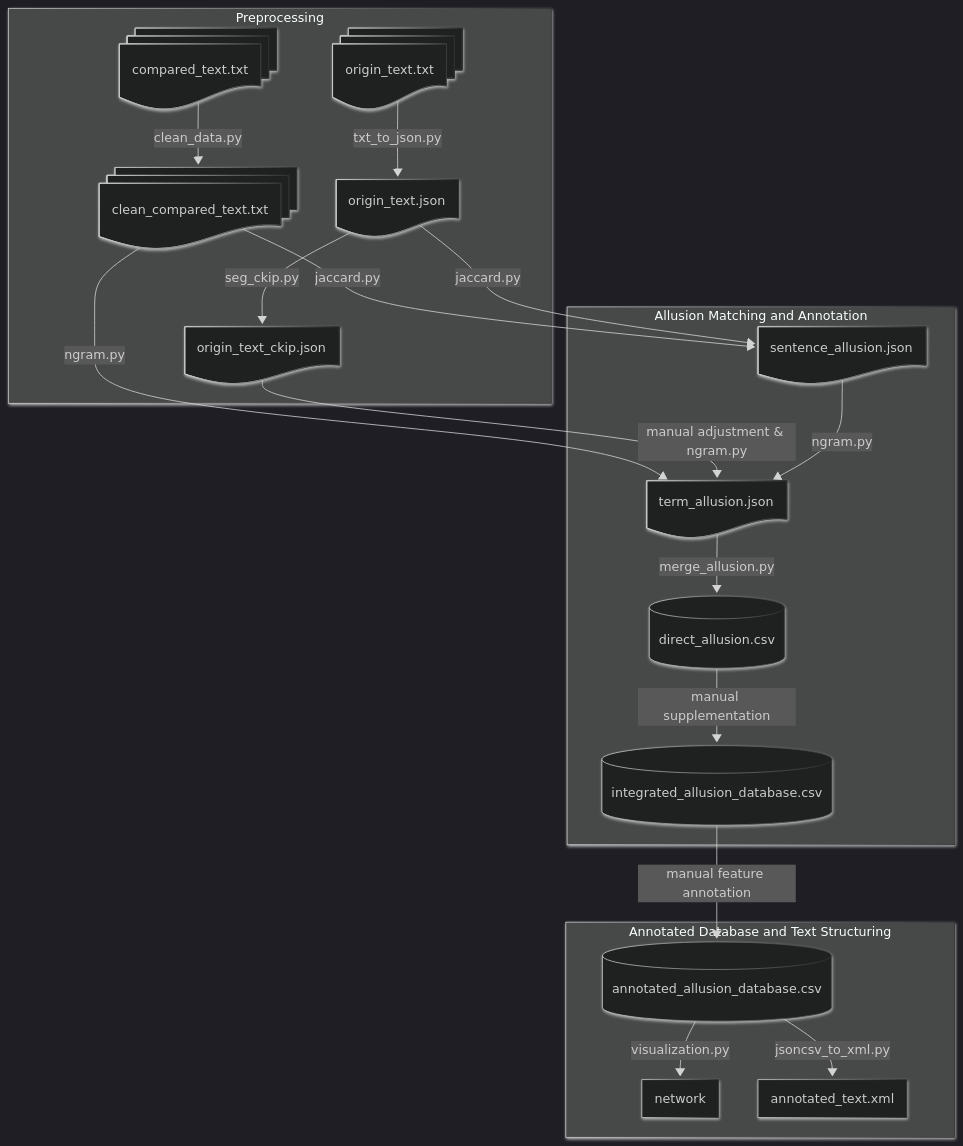
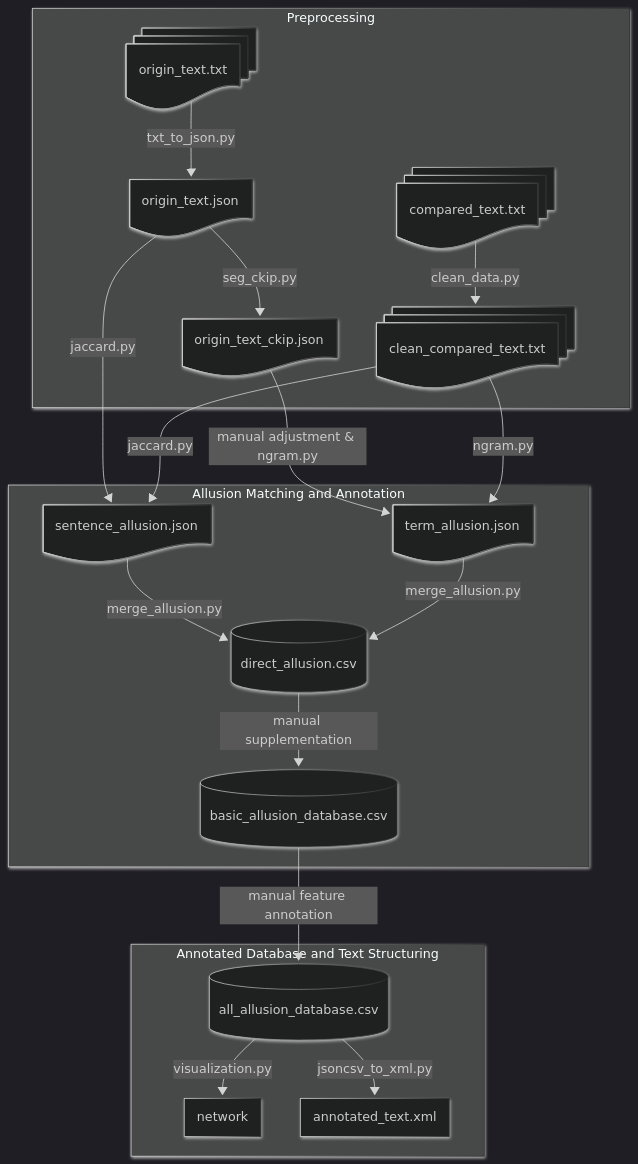
The diagram in README.md (Taoyi-Chiang/lufu_allusion), drawn with Mermaid before and after one commit.

````diff
--- a/README.md
+++ b/README.md
@@ -2,51 +2,46 @@
 ```mermaid
 ---
 config:
   theme: dark
   look: neo
 ---
 flowchart TD
-  subgraph Preprocessing["Preprocessing"]
-    A1["origin_text.txt"]
-    A2["compared_text.txt"]
-    A3["clean_compared_text.txt"]
-    B1["origin_text.json"]
-    B2["origin_text_ckip.json"]
+ subgraph Preprocessing["Preprocessing"]
+        B1["origin_text.json"]
+        A1["origin_text.txt"]
+        B2["origin_text_ckip.json"]
+        A3["clean_compared_text.txt"]
+        A2["compared_text.txt"]
   end
-
-  subgraph subGraph1["Allusion Matching and Annotation"]
-    C1["sentence_allusion.json"]
-    C2["term_allusion.json"]
-    D1[("direct_allusion.csv")]
-    E1[("integrated_allusion_database.csv")]
+ subgraph subGraph1["Allusion Matching and Annotation"]
+        C2["term_allusion.json"]
+        C1["sentence_allusion.json"]
+        D1[("direct_allusion.csv")]
+        E1[("basic_allusion_database.csv")]
   end
-
-  subgraph subGraph2["Annotated Database and Text Structuring"]
-    E2[("annotated_allusion_database.csv")]
-    F1["network"]
-    F2["annotated_text.xml"]
+ subgraph subGraph2["Annotated Database and Text Structuring"]
+        E2[("all_allusion_database.csv")]
+        F1["network"]
+        F2["annotated_text.xml"]
   end
-
-  A1 -- "txt_to_json.py" --> B1
-  A2 -- "clean_data.py" --> A3
-  A3 -- "jaccard.py" --> C1
-  A3 -- "ngram.py" --> C2
-  B1 -- "seg_ckip.py" --> B2
-  B1 -- "jaccard.py" --> C1
-  B2 -- "manual adjustment & ngram.py" --> C2
-  C1 -- "ngram.py" --> C2
-  C2 -- "merge_allusion.py" --> D1
-  D1 -- manual supplementation --> E1
-  E1 -- manual feature annotation --> E2
-  E2 -- "visualization.py" --> F1
-  E2 -- "jsoncsv_to_xml.py" --> F2
-
-  B1@{ shape: doc }
-  A1@{ shape: docs }
-  B2@{ shape: doc }
-  A3@{ shape: docs }
-  A2@{ shape: docs }
-  C2@{ shape: doc }
-  C1@{ shape: doc }
-
+    A1 -- "txt_to_json.py" --> B1
+    B1 -- "seg_ckip.py" --> B2
+    A2 -- "clean_data.py" --> A3
+    B2 -- "manual adjustment & ngram.py"--> C2
+    B1 -- "jaccard.py" --> C1
+    A3 -- "jaccard.py" --> C1
+    A3 -- "ngram.py" --> C2
+    C1 -- "merge_allusion.py" --> D1
+    C2 -- "merge_allusion.py" --> D1
+    D1 -- manual supplementation --> E1
+    E1 -- manual feature annotation --> E2
+    E2 -- "visualization.py" --> F1
+    E2 -- "jsoncsv_to_xml.py" --> F2
+    B1@{ shape: doc}
+    A1@{ shape: docs}
+    B2@{ shape: doc}
+    A3@{ shape: docs}
+    A2@{ shape: docs}
+    C2@{ shape: doc}
+    C1@{ shape: doc}
 ```
````
